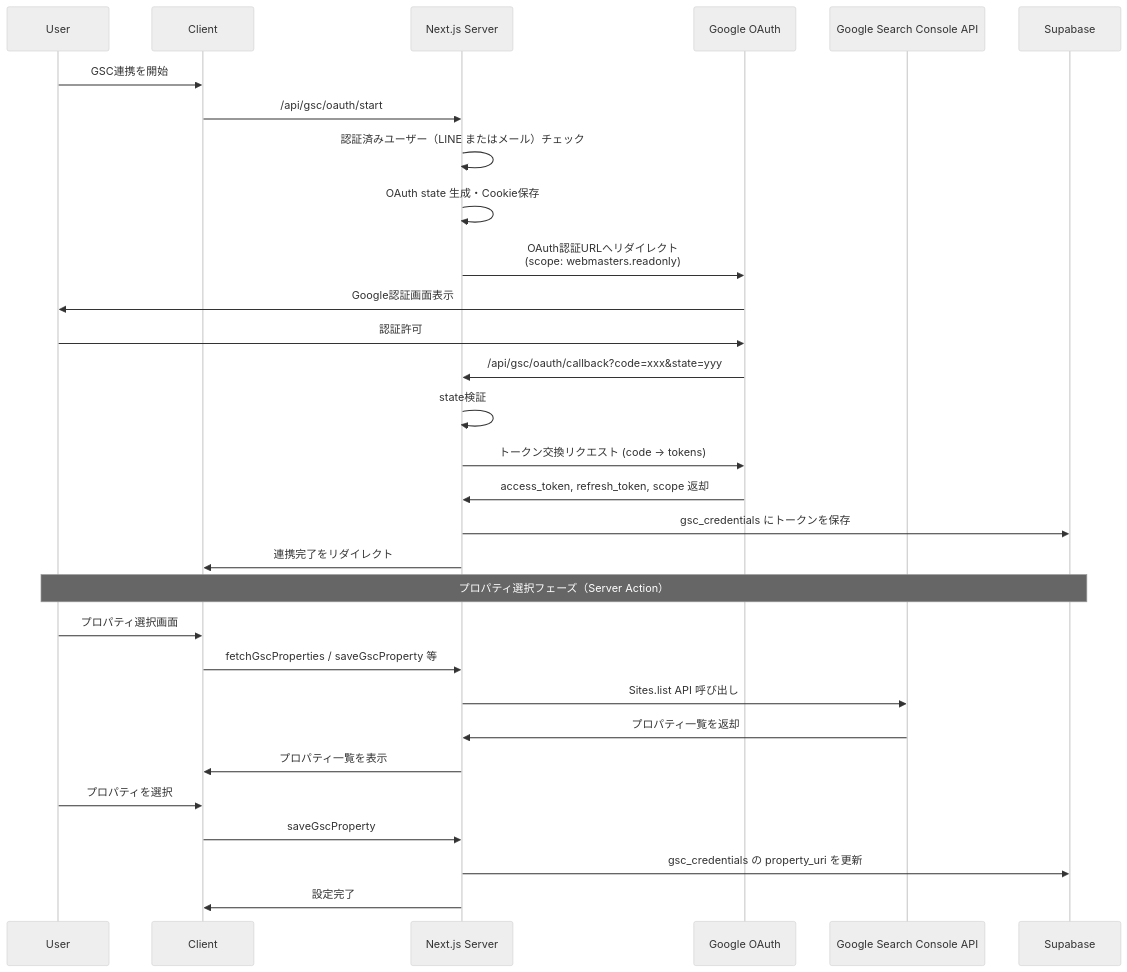
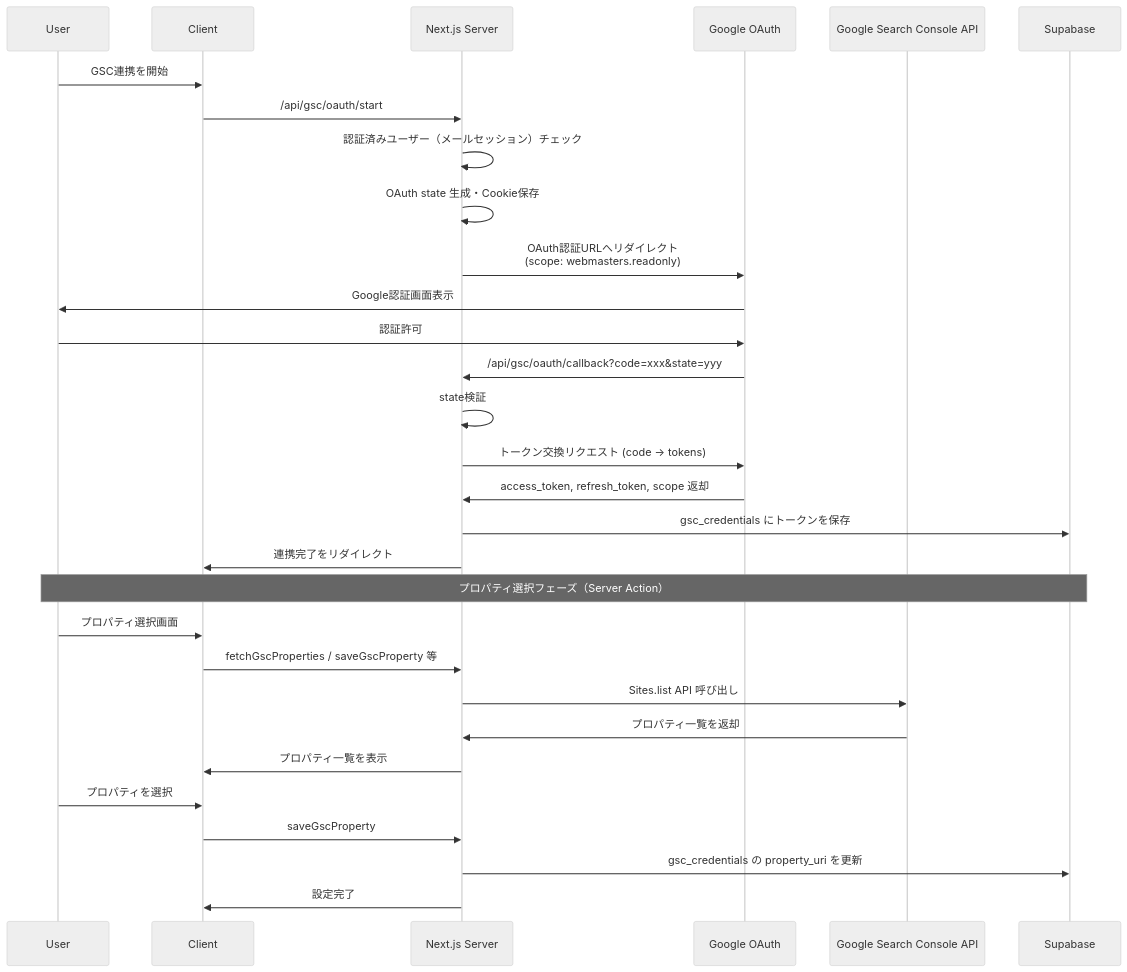
Before and after one commit to shoma-endo/GrowMate: the fourth of 5 diagrams in README.md, drawn with Mermaid (neutral theme). The commit also changed other lines of this file and 11 other files, not shown here.

````diff
--- a/README.md
+++ b/README.md
@@ -272,34 +248,34 @@
 ```mermaid
 sequenceDiagram
     participant U as User
     participant C as Client
     participant S as Next.js Server
     participant G as Google OAuth
     participant GSC as Google Search Console API
     participant DB as Supabase
 
     U->>C: GSC連携を開始
     C->>S: /api/gsc/oauth/start
-    S->>S: 認証済みユーザー（LINE またはメール）チェック
+    S->>S: 認証済みユーザー（メールセッション）チェック
     S->>S: OAuth state 生成・Cookie保存
     S->>G: OAuth認証URLへリダイレクト<br/>(scope: webmasters.readonly)
     G->>U: Google認証画面表示
     U->>G: 認証許可
     G->>S: /api/gsc/oauth/callback?code=xxx&state=yyy
     S->>S: state検証
     S->>G: トークン交換リクエスト (code → tokens)
     G->>S: access_token, refresh_token, scope 返却
     S->>DB: gsc_credentials にトークンを保存
     S->>C: 連携完了をリダイレクト
 
     Note over U,DB: プロパティ選択フェーズ（Server Action）
     U->>C: プロパティ選択画面
     C->>S: fetchGscProperties / saveGscProperty 等
     S->>GSC: Sites.list API 呼び出し
     GSC->>S: プロパティ一覧を返却
     S->>C: プロパティ一覧を表示
     U->>C: プロパティを選択
     C->>S: saveGscProperty
     S->>DB: gsc_credentials の property_uri を更新
     S->>C: 設定完了
 ```
````
